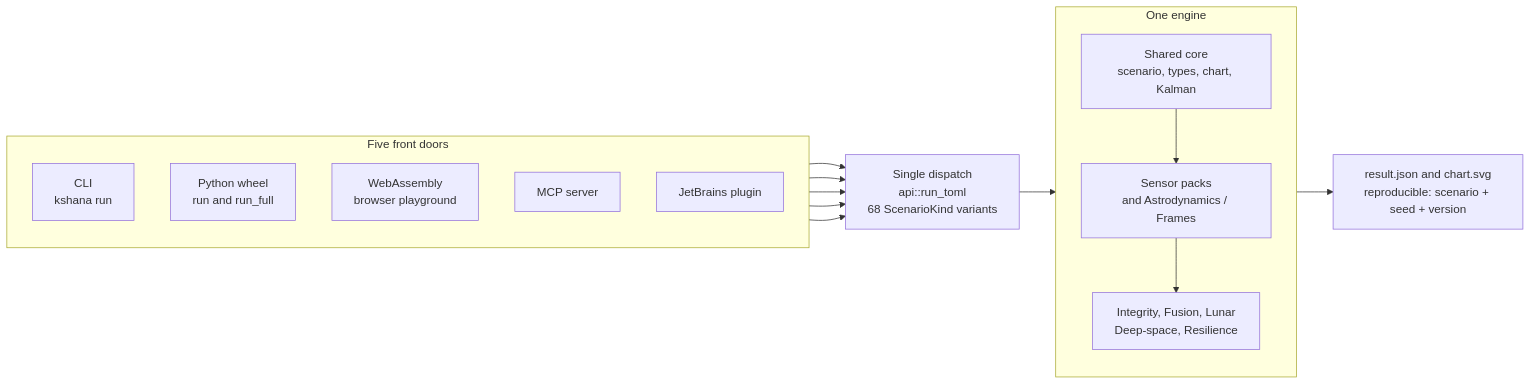
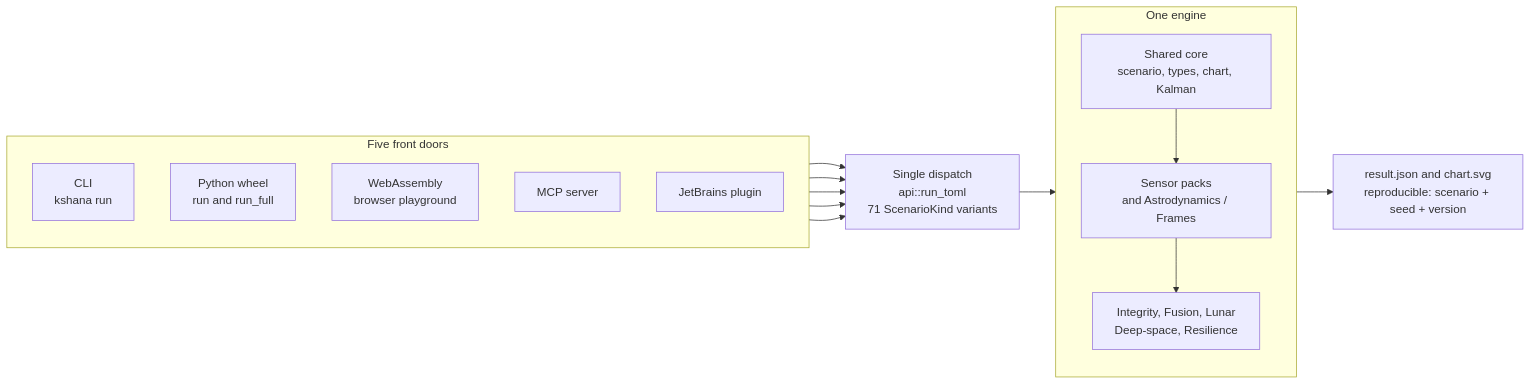
One commit to ashfordeOU/kshana changed the diagram in docs/diagrams/system-overview.mmd. Above: the diagram before and after it, drawn with Mermaid. The commit also changed 62 other files, not shown here.

```diff
--- a/docs/diagrams/system-overview.mmd
+++ b/docs/diagrams/system-overview.mmd
@@ -1,31 +1,31 @@
 flowchart LR
     subgraph DOORS[Five front doors]
         direction TB
         CLI[CLI<br/>kshana run]
         PY[Python wheel<br/>run and run_full]
         WASM[WebAssembly<br/>browser playground]
         MCP[MCP server]
         IDE[JetBrains plugin]
     end
 
-    DISPATCH[Single dispatch<br/>api::run_toml<br/>68 ScenarioKind variants]
+    DISPATCH[Single dispatch<br/>api::run_toml<br/>71 ScenarioKind variants]
 
     subgraph ENGINE[One engine]
         direction TB
         CORE[Shared core<br/>scenario, types, chart, Kalman]
         PACKS[Sensor packs<br/>and Astrodynamics / Frames]
         DOMAIN[Integrity, Fusion, Lunar<br/>Deep-space, Resilience]
         CORE --> PACKS
         PACKS --> DOMAIN
     end
 
     OUT[result.json and chart.svg<br/>reproducible: scenario + seed + version]
 
     CLI --> DISPATCH
     PY --> DISPATCH
     WASM --> DISPATCH
     MCP --> DISPATCH
     IDE --> DISPATCH
 
     DISPATCH --> ENGINE
     ENGINE --> OUT
```
